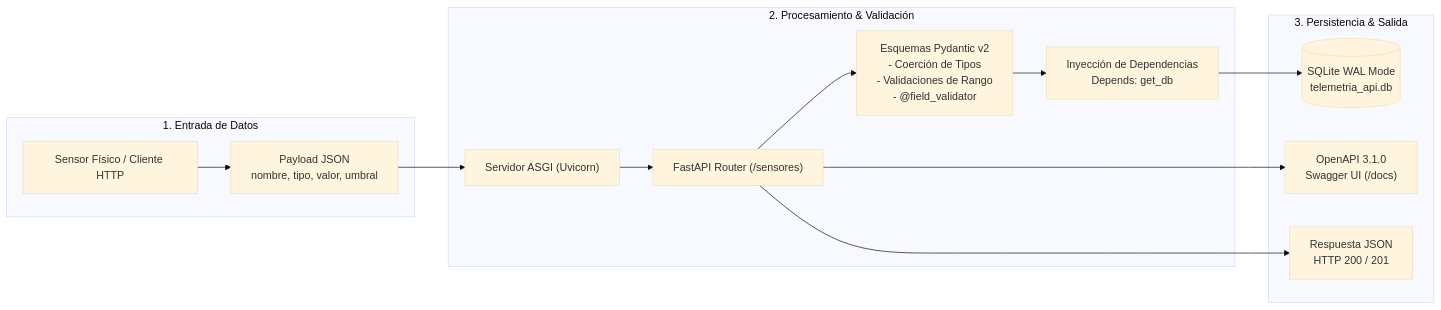
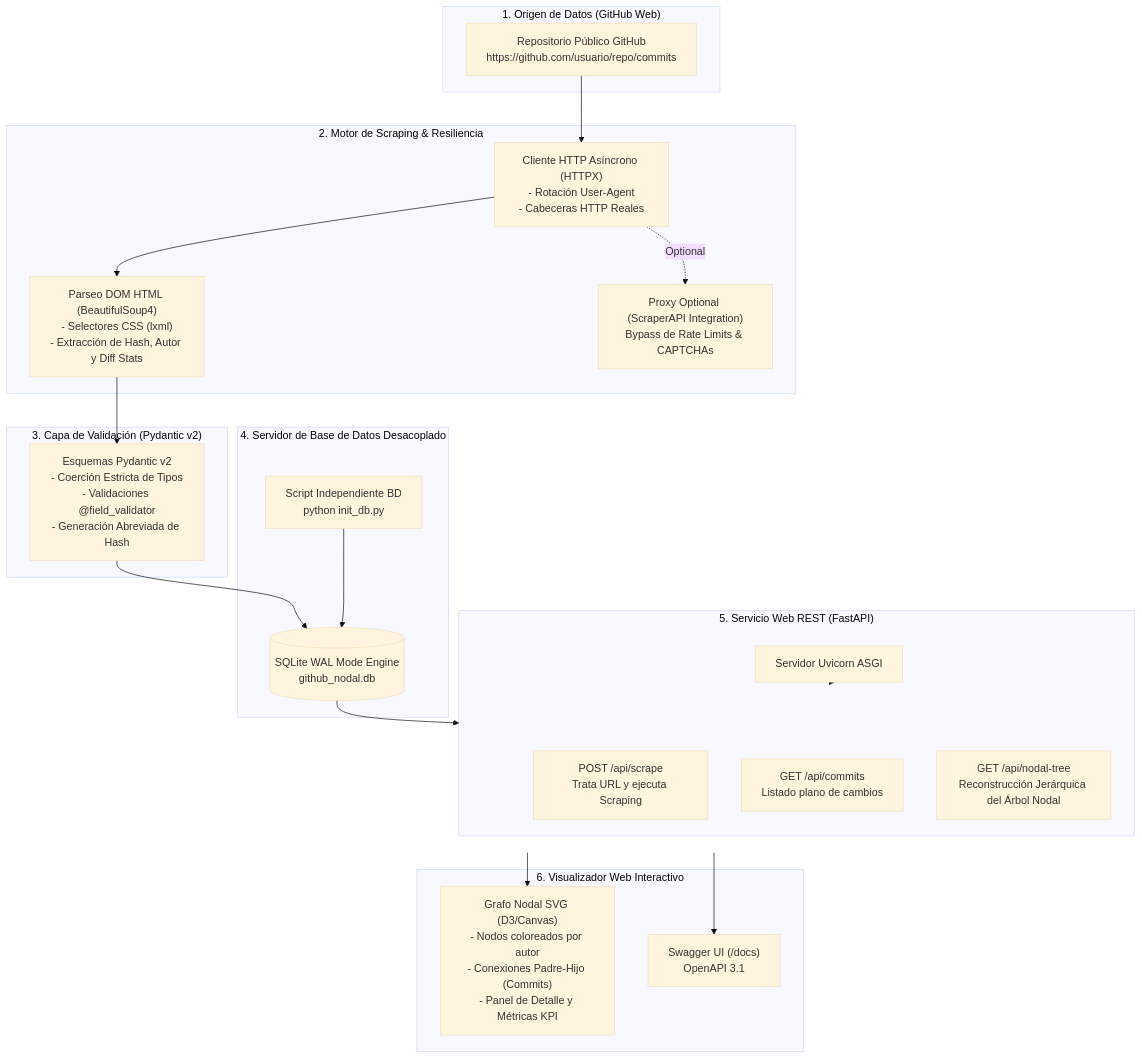
The diagram in README.md (carlobeni/LPV2026-2), drawn with Mermaid (base theme) before and after one commit. The commit also changed other lines of this file and 29 other files, not shown here.

Commit message:
feat(semana-4-y-5): Consolidacion de Semanas 4 y 5. Pydantic v2, Web Scraping de repositorios GitHub, Base de datos desacoplada y API REST FastAPI con visualizador de Arbol Nodal

````diff
--- a/README.md
+++ b/README.md
@@ -15,29 +15,44 @@
 ```mermaid
-graph LR
-    subgraph Entrada["1. Entrada de Datos"]
-        Sensor["Sensor Físico / Cliente HTTP"]
-        Payload["Payload JSON<br/>nombre, tipo, valor, umbral"]
+graph TD
+    subgraph GitHub_Web["1. Origen de Datos (GitHub Web)"]
+        GitHubRepo["Repositorio Público GitHub<br/>https://github.com/usuario/repo/commits"]
     end
 
-    subgraph FastAPI_Pydantic["2. Procesamiento & Validación"]
-        Uvicorn["Servidor ASGI (Uvicorn)"]
-        Router["FastAPI Router (/sensores)"]
-        Pydantic["Esquemas Pydantic v2<br/>- Coerción de Tipos<br/>- Validaciones de Rango<br/>- @field_validator"]
-        DI["Inyección de Dependencias<br/>Depends: get_db"]
+    subgraph Scraping_Engine["2. Motor de Scraping & Resiliencia"]
+        HTTPXClient["Cliente HTTP Asíncrono (HTTPX)<br/>- Rotación User-Agent<br/>- Cabeceras HTTP Reales"]
+        BS4Parser["Parseo DOM HTML (BeautifulSoup4)<br/>- Selectores CSS (lxml)<br/>- Extracción de Hash, Autor y Diff Stats"]
+        ScraperAPIProxy["Proxy Optional (ScraperAPI Integration)<br/>Bypass de Rate Limits & CAPTCHAs"]
     end
 
-    subgraph Salida_Persistencia["3. Persistencia & Salida"]
-        SQLite[("SQLite WAL Mode<br/>telemetria_api.db")]
-        Doc["OpenAPI 3.1.0<br/>Swagger UI (/docs)"]
-        JSONResp["Respuesta JSON<br/>HTTP 200 / 201"]
+    subgraph Validation_Tier["3. Capa de Validación (Pydantic v2)"]
+        PydanticSchemas["Esquemas Pydantic v2<br/>- Coerción Estricta de Tipos<br/>- Validaciones @field_validator<br/>- Generación Abreviada de Hash"]
     end
 
-    Sensor --> Payload
-    Payload --> Uvicorn
-    Uvicorn --> Router
-    Router --> Pydantic
-    Pydantic --> DI
-    DI --> SQLite
-    Router --> Doc
-    Router --> JSONResp
+    subgraph Database_Server["4. Servidor de Base de Datos Desacoplado"]
+        DBEngine[("SQLite WAL Mode Engine<br/>github_nodal.db")]
+        ScriptInit["Script Independiente BD<br/>python init_db.py"]
+    end
+
+    subgraph REST_API["5. Servicio Web REST (FastAPI)"]
+        UvicornServer["Servidor Uvicorn ASGI"]
+        PostScrape["POST /api/scrape<br/>Trata URL y ejecuta Scraping"]
+        GetCommits["GET /api/commits<br/>Listado plano de cambios"]
+        GetTree["GET /api/nodal-tree<br/>Reconstrucción Jerárquica del Árbol Nodal"]
+    end
+
+    subgraph Web_Visualizer["6. Visualizador Web Interactivo"]
+        SVGGraph["Grafo Nodal SVG (D3/Canvas)<br/>- Nodos coloreados por autor<br/>- Conexiones Padre-Hijo (Commits)<br/>- Panel de Detalle y Métricas KPI"]
+        SwaggerDocs["Swagger UI (/docs)<br/>OpenAPI 3.1"]
+    end
+
+    GitHubRepo --> HTTPXClient
+    HTTPXClient --> BS4Parser
+    HTTPXClient -. Optional .-> ScraperAPIProxy
+    BS4Parser --> PydanticSchemas
+    PydanticSchemas --> DBEngine
+    ScriptInit --> DBEngine
+    DBEngine --> REST_API
+    UvicornServer --> REST_API
+    REST_API --> SVGGraph
+    REST_API --> SwaggerDocs
 ```
````
